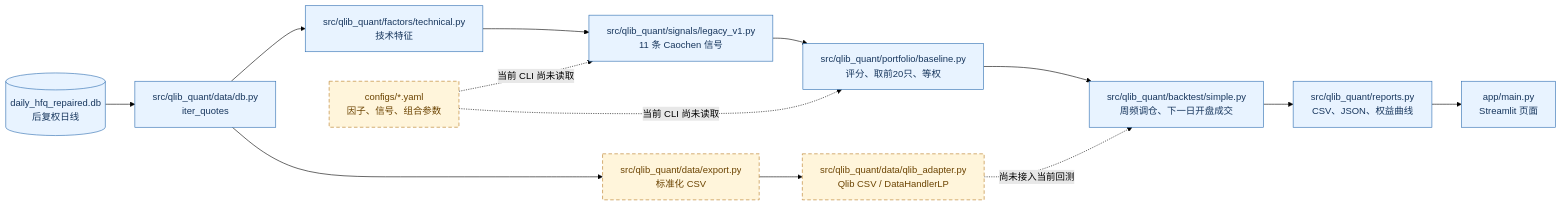
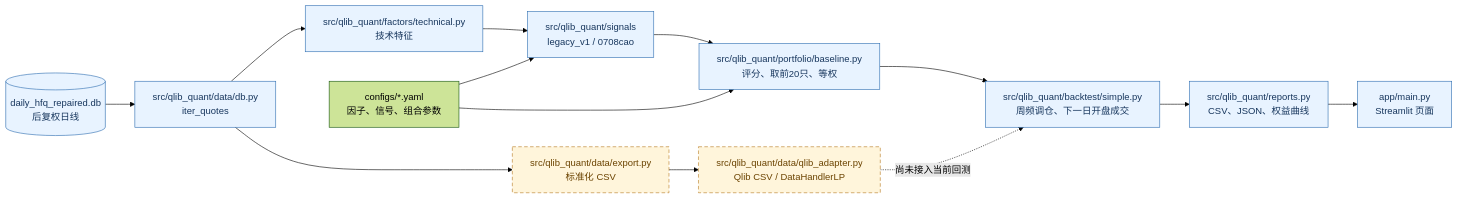
The diagram in docs/00_框架结构图.md (Olicooper18948313220/qlib-test), drawn with Mermaid (forest theme) before and after one commit. The commit also changed other lines of this file and 71 other files, not shown here.

Commit message:
feat: upgrade evaluation and add 0708cao signals

````diff
--- a/docs/00_框架结构图.md
+++ b/docs/00_框架结构图.md
@@ -5,23 +5,23 @@
 ```mermaid
 flowchart LR
     DB[(daily_hfq_repaired.db<br/>后复权日线)] --> READ[src/qlib_quant/data/db.py<br/>iter_quotes]
     READ --> FACT[src/qlib_quant/factors/technical.py<br/>技术特征]
-    FACT --> SIG[src/qlib_quant/signals/legacy_v1.py<br/>11 条 Caochen 信号]
+    FACT --> SIG[src/qlib_quant/signals<br/>legacy_v1 / 0708cao]
     SIG --> PORT[src/qlib_quant/portfolio/baseline.py<br/>评分、取前20只、等权]
     PORT --> BT[src/qlib_quant/backtest/simple.py<br/>周频调仓、下一日开盘成交]
     BT --> REPORT[src/qlib_quant/reports.py<br/>CSV、JSON、权益曲线]
     REPORT --> UI[app/main.py<br/>Streamlit 页面]
 
     READ --> EXPORT[src/qlib_quant/data/export.py<br/>标准化 CSV]
     EXPORT --> QLIB[src/qlib_quant/data/qlib_adapter.py<br/>Qlib CSV / DataHandlerLP]
     QLIB -.尚未接入当前回测.-> BT
 
-    CONFIG[configs/*.yaml<br/>因子、信号、组合参数] -.当前 CLI 尚未读取.-> SIG
-    CONFIG -.当前 CLI 尚未读取.-> PORT
+    CONFIG[configs/*.yaml<br/>因子、信号、组合参数] --> SIG
+    CONFIG --> PORT
 
     classDef active fill:#e8f3ff,stroke:#2b6cb0,color:#17365d;
     classDef data fill:#eef8ee,stroke:#3c8c40,color:#1f4d22;
     classDef pending fill:#fff5db,stroke:#b7791f,color:#6b4300,stroke-dasharray: 6 4;
     class DB,READ,FACT,SIG,PORT,BT,REPORT,UI active;
-    class EXPORT,QLIB,CONFIG pending;
+    class EXPORT,QLIB pending;
 ```
````
